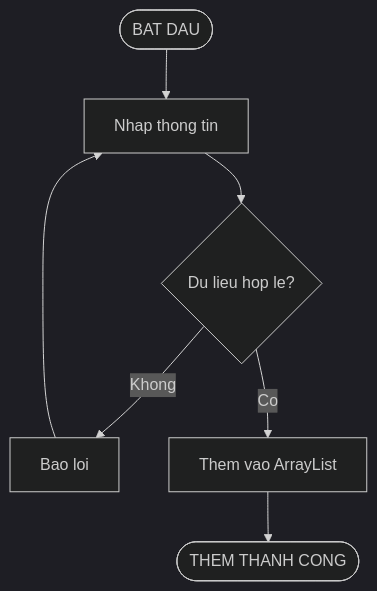
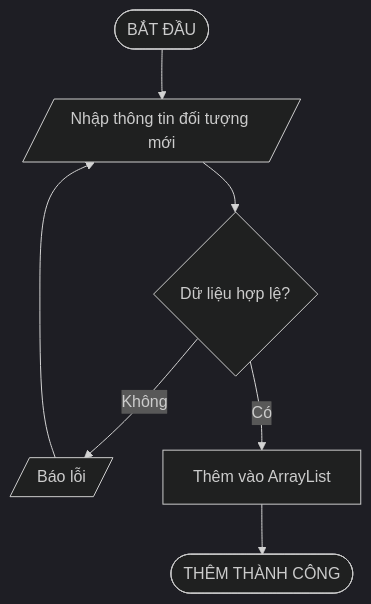
Before and after one commit to phucphuc2006/pro-192: the fourth of 20 diagrams in docs/Flowcharts/Flowcharts.md, drawn with Mermaid (dark theme). The commit also changed other lines of this file, not shown here.

Commit message:
Restore original Mermaid flowcharts

````diff
--- a/docs/Flowcharts/Flowcharts.md
+++ b/docs/Flowcharts/Flowcharts.md
@@ -71,9 +85,9 @@
 ```mermaid
 flowchart TD
-    A(["BAT DAU"]) --> B["Nhap thong tin"]
-    B --> C{"Du lieu hop le?"}
-    C -->|Khong| D["Bao loi"]
+    A([BẮT ĐẦU]) --> B[/Nhập thông tin đối tượng mới/]
+    B --> C{Dữ liệu hợp lệ?}
+    C -->|Không| D[/Báo lỗi/]
     D --> B
-    C -->|Co| E["Them vao ArrayList"]
-    E --> F(["THEM THANH CONG"])
+    C -->|Có| E[Thêm vào ArrayList]
+    E --> F([THÊM THÀNH CÔNG])
 ```
````
